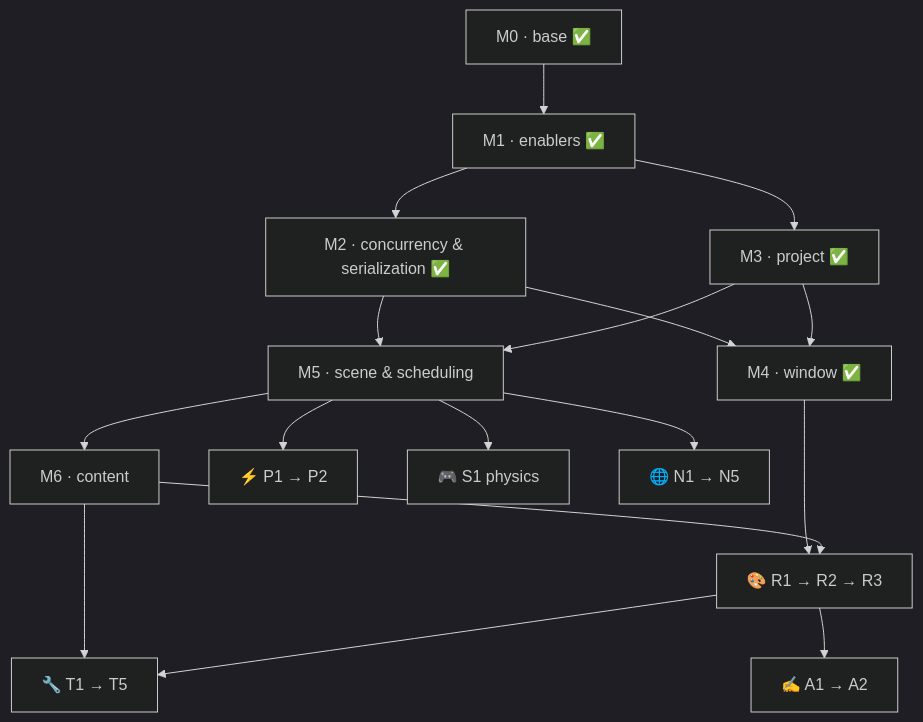
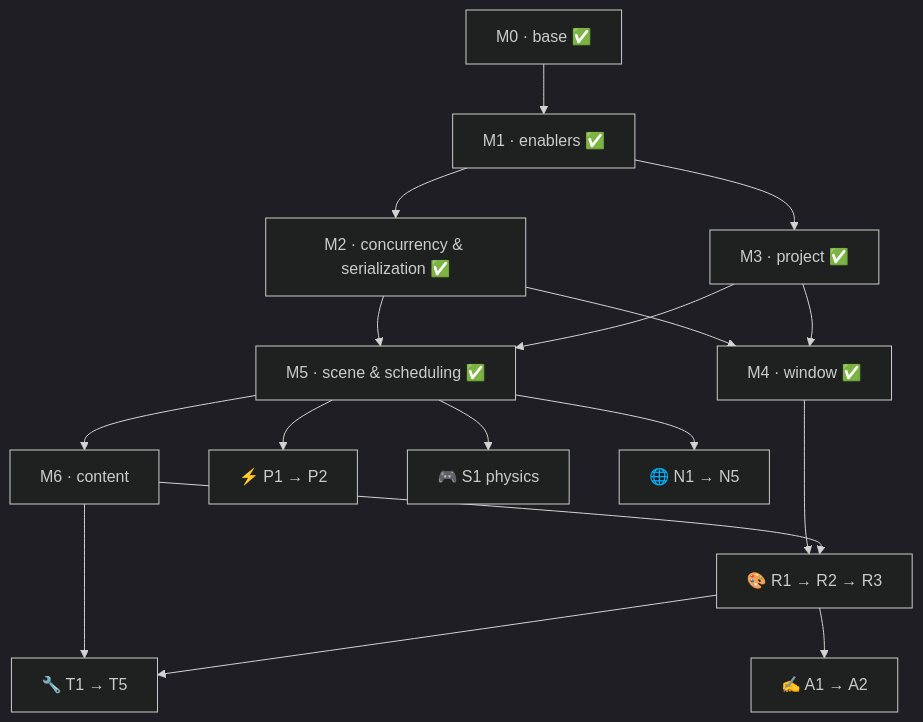
One commit to techattackteam/TechEngine-vault changed the diagram in 02 Roadmap/Roadmap.md. Above: the diagram before and after it, drawn with Mermaid (dark theme). The commit also changed other lines of this file and 18 other files, not shown here.

````diff
--- a/02 Roadmap/Roadmap.md
+++ b/02 Roadmap/Roadmap.md
@@ -19,10 +19,10 @@
 ```mermaid
 flowchart TB
   M0["M0 · base ✅"] --> M1["M1 · enablers ✅"]
   M1 --> M2["M2 · concurrency &amp; serialization ✅"] & M3["M3 · project ✅"]
-  M2 & M3 --> M4["M4 · window ✅"] & M5["M5 · scene &amp; scheduling"]
+  M2 & M3 --> M4["M4 · window ✅"] & M5["M5 · scene &amp; scheduling ✅"]
   M5 --> M6["M6 · content"] & P["⚡ P1 → P2"] & S["🎮 S1 physics"] & N["🌐 N1 → N5"]
   M4 --> R
   M6 --> R["🎨 R1 → R2 → R3"] & T["🔧 T1 → T5"]
   R --> T & A["✍️ A1 → A2"]
 ```
````
